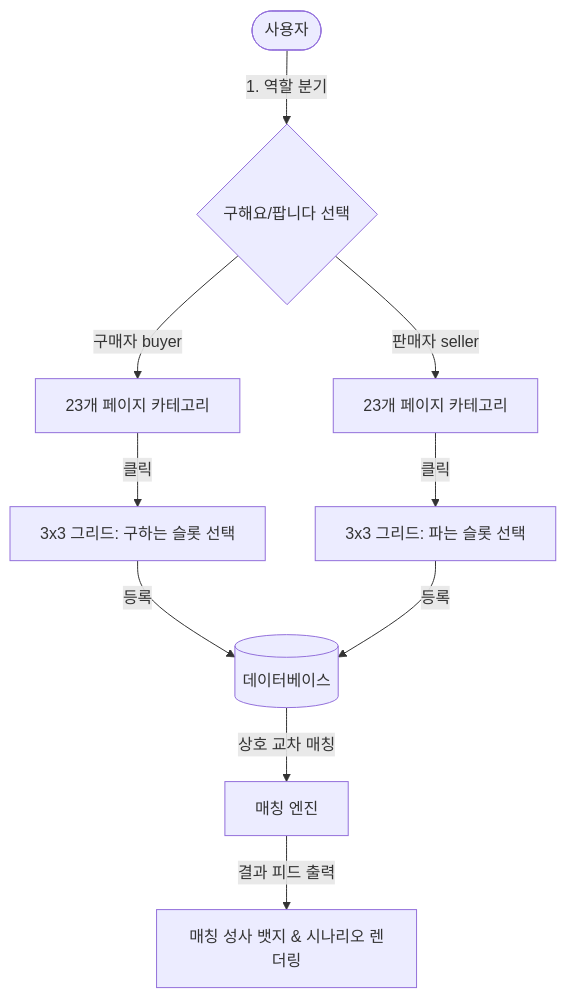
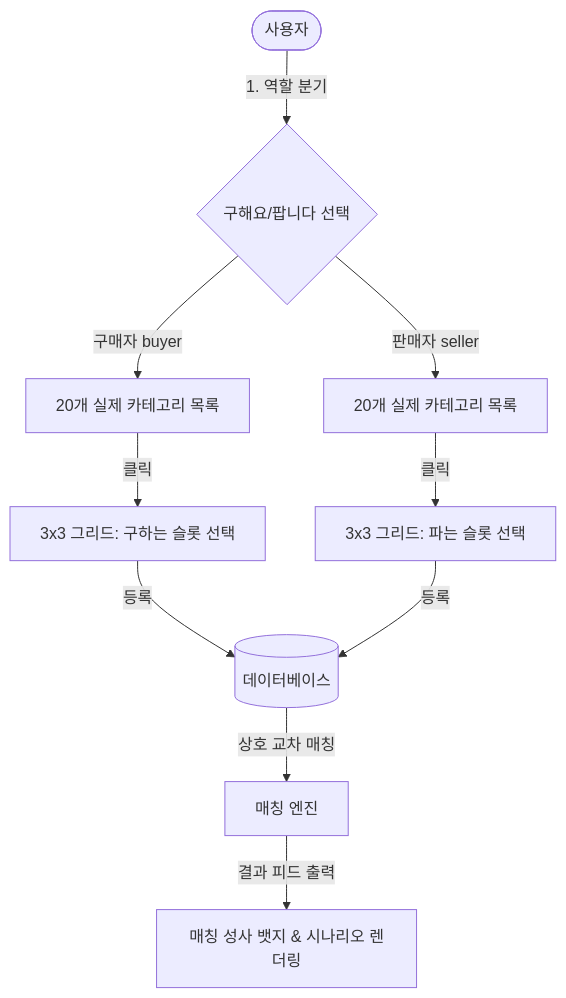
One commit to wnswlfhvkr-code/dv3-sticker-exchange changed the diagram in MASTER_BLUEPRINT.md. Above: the diagram before and after it, drawn with Mermaid. The commit also changed other lines of this file and 8 other files, not shown here.

````diff
--- a/MASTER_BLUEPRINT.md
+++ b/MASTER_BLUEPRINT.md
@@ -9,15 +9,15 @@
 ```mermaid
 graph TD
     User([사용자]) -->|1. 역할 분기| Gateway{구해요/팝니다 선택}
-    Gateway -->|구매자 buyer| PageListB[23개 페이지 카테고리]
-    Gateway -->|판매자 seller| PageListS[23개 페이지 카테고리]
+    Gateway -->|구매자 buyer| PageListB[20개 실제 카테고리 목록]
+    Gateway -->|판매자 seller| PageListS[20개 실제 카테고리 목록]
     
     PageListB -->|클릭| Grid3x3_B[3x3 그리드: 구하는 슬롯 선택]
     PageListS -->|클릭| Grid3x3_S[3x3 그리드: 파는 슬롯 선택]
     
     Grid3x3_B -->|등록| DB[(데이터베이스)]
     Grid3x3_S -->|등록| DB
     
     DB -->|상호 교차 매칭| MatchEngine[매칭 엔진]
     MatchEngine -->|결과 피드 출력| Feed[매칭 성사 뱃지 & 시나리오 렌더링]
 ```
````
